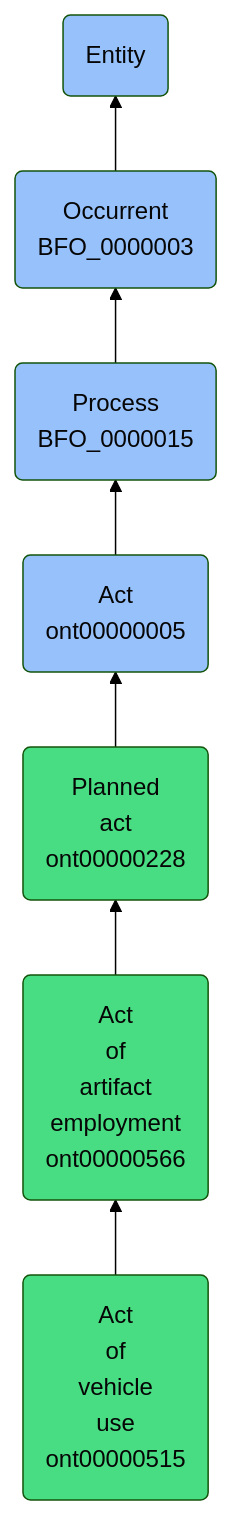
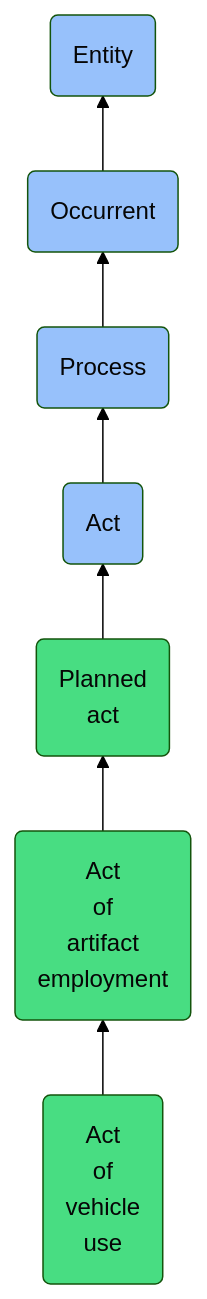
One commit to jupyter-naas/abi changed the diagram in docs/ontology/reference/model/Entity/Occurrent/Process/Act/Planned act/Act of artifact employment/Act of vehicle use/Act of vehicle use.md. Above: the diagram before and after it, drawn with Mermaid (forest theme). The commit also changed other lines of this file and 1430 other files, not shown here.

````diff
--- a/docs/ontology/reference/model/Entity/Occurrent/Process/Act/Planned act/Act of artifact employment/Act of vehicle use/Act of vehicle use.md
+++ b/docs/ontology/reference/model/Entity/Occurrent/Process/Act/Planned act/Act of artifact employment/Act of vehicle use/Act of vehicle use.md
@@ -24,14 +24,14 @@
 ```mermaid
 graph BT
-    ont00000515(Act<br>of<br>vehicle<br>use<br>ont00000515):::ABI-->ont00000566
-    ont00000566(Act<br>of<br>artifact<br>employment<br>ont00000566):::ABI-->ont00000228
-    ont00000228(Planned<br>act<br>ont00000228):::ABI-->ont00000005
-    ont00000005(Act<br>ont00000005):::BFO-->BFO_0000015
-    BFO_0000015(Process<br>BFO_0000015):::BFO-->BFO_0000003
-    BFO_0000003(Occurrent<br>BFO_0000003):::BFO-->BFO_0000001
+    ont00000515(Act<br>of<br>vehicle<br>use):::ABI-->ont00000566
+    ont00000566(Act<br>of<br>artifact<br>employment):::ABI-->ont00000228
+    ont00000228(Planned<br>act):::ABI-->ont00000005
+    ont00000005(Act):::BFO-->BFO_0000015
+    BFO_0000015(Process):::BFO-->BFO_0000003
+    BFO_0000003(Occurrent):::BFO-->BFO_0000001
     BFO_0000001(Entity):::BFO
     
     classDef BFO fill:#97c1fb,color:#060606
     classDef CCO fill:#e4c51e,color:#060606
     classDef ABI fill:#48DD82,color:#060606
 ```
````
